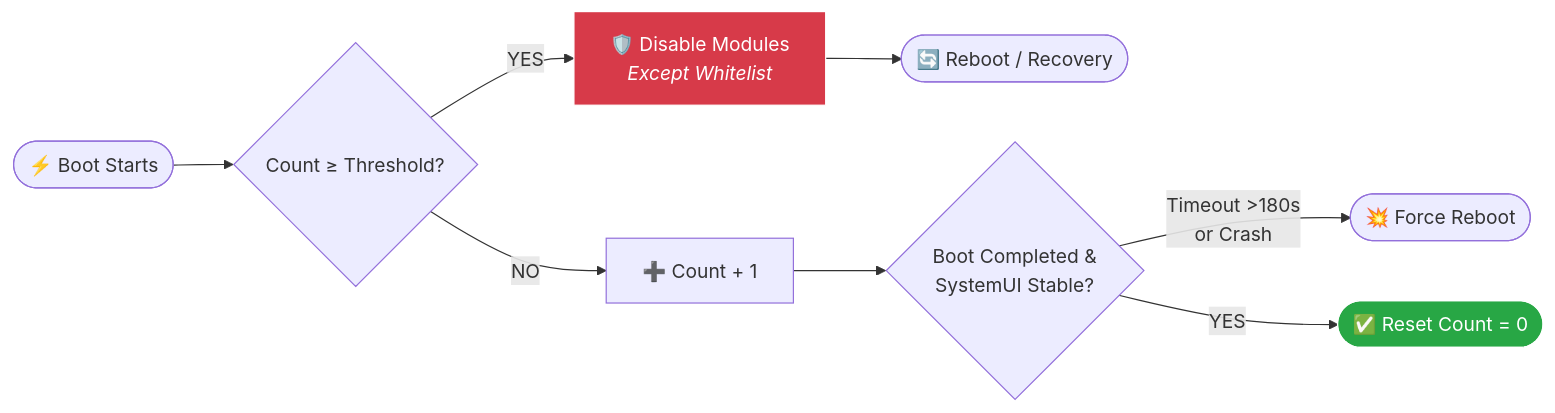
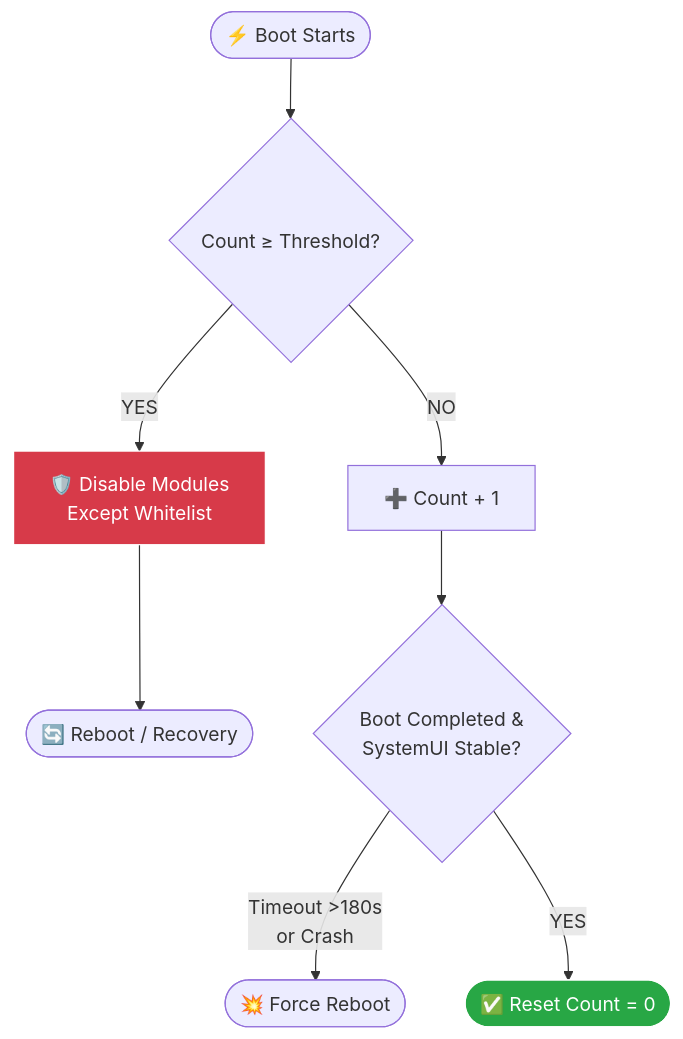
The second of 2 diagrams in README.md (hhd-z/Antibootloop), drawn with Mermaid before and after one commit. The commit also changed other lines of this file, not shown here.

````diff
--- a/README.md
+++ b/README.md
@@ -371,13 +346,13 @@
 ```mermaid
-flowchart LR
+flowchart TD
     A([⚡ Boot Starts]) --> B{Count ≥ Threshold?}
-    B -- YES --> C[🛡️ Disable Modules<br/><i>Except Whitelist</i>]
+    B -- YES --> C[🛡️ Disable Modules<br/>Except Whitelist]
     C --> D([🔄 Reboot / Recovery])
     B -- NO --> E[➕ Count + 1]
     E --> F{Boot Completed &<br/>SystemUI Stable?}
     F -- Timeout >180s<br/>or Crash --> G([💥 Force Reboot])
     F -- YES --> H([✅ Reset Count = 0])
 
     style C fill:#d73a49,stroke:#fff,color:#fff
     style H fill:#28a745,stroke:#fff,color:#fff
 ```
````
